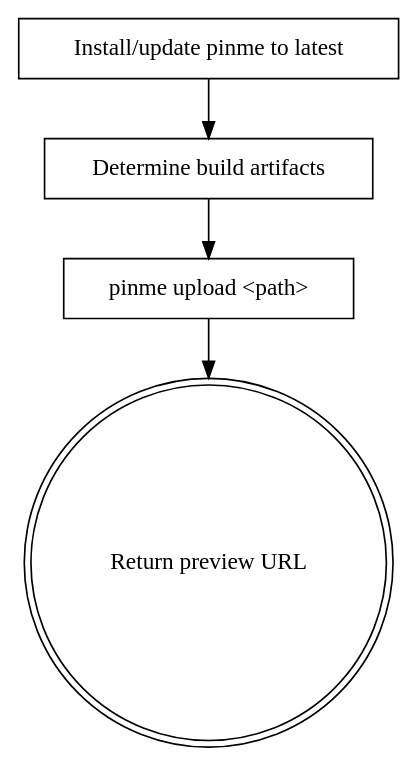
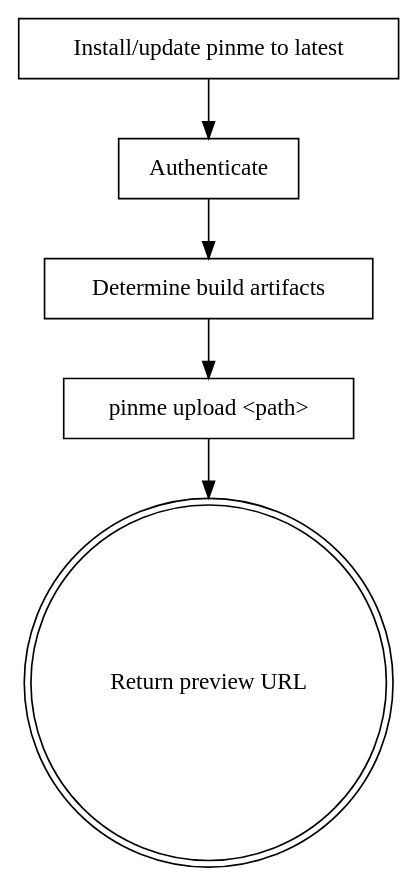
One commit to glitternetwork/pinme changed the second of 3 diagrams in skills/pinme/SKILL.md. Above: the diagram before and after it, drawn with Graphviz. The commit also changed other lines of this file and 8 other files, not shown here.

````diff
--- a/skills/pinme/SKILL.md
+++ b/skills/pinme/SKILL.md
@@ -29,12 +29,14 @@
 ```dot
 digraph upload_flow {
     "Install/update pinme to latest" [shape=box];
+    "Authenticate" [shape=box];
     "Determine build artifacts" [shape=box];
     "pinme upload <path>" [shape=box];
     "Return preview URL" [shape=doublecircle];
 
-    "Install/update pinme to latest" -> "Determine build artifacts";
+    "Install/update pinme to latest" -> "Authenticate";
+    "Authenticate" -> "Determine build artifacts";
     "Determine build artifacts" -> "pinme upload <path>";
     "pinme upload <path>" -> "Return preview URL";
 }
 ```
````
